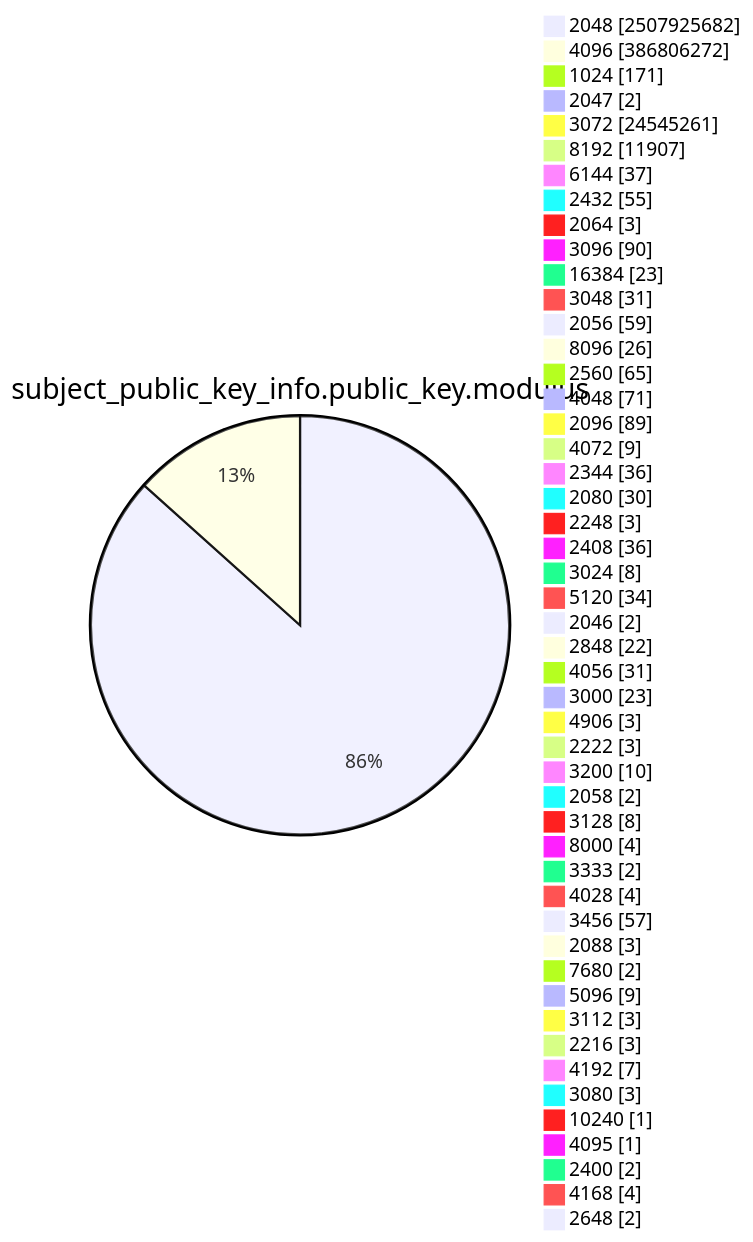
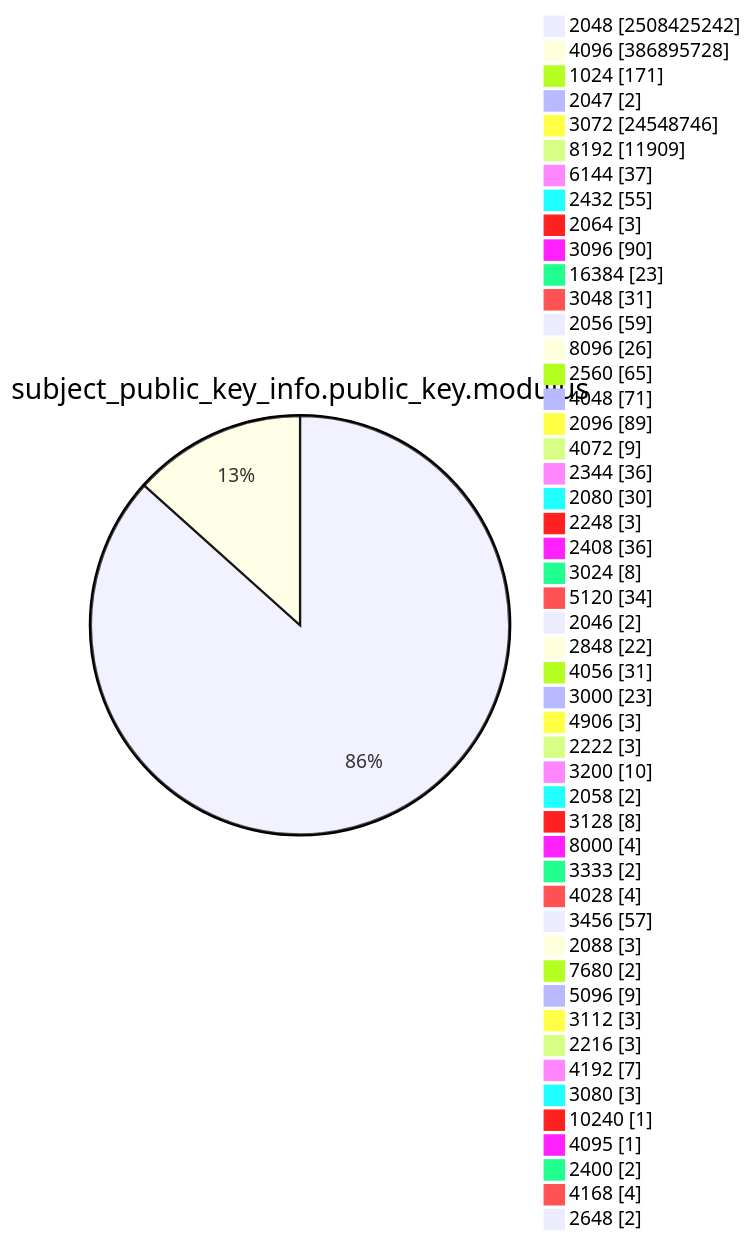
One commit to christiankrug/ctmonitor_visualization changed diagram 13 of 15 in TOTAL/README.md. Above: the diagram before and after it, drawn with Mermaid. The commit also changed other lines of this file, not shown here.

````diff
--- a/TOTAL/README.md
+++ b/TOTAL/README.md
@@ -4169,53 +4169,53 @@
 ```mermaid
 pie showData
 title subject_public_key_info.public_key.modulus
-"2048" :2507925682
-"4096" :386806272
+"2048" :2508425242
+"4096" :386895728
 "1024" :171
 "2047" :2
-"3072" :24545261
-"8192" :11907
+"3072" :24548746
+"8192" :11909
 "6144" :37
 "2432" :55
 "2064" :3
 "3096" :90
 "16384" :23
 "3048" :31
 "2056" :59
 "8096" :26
 "2560" :65
 "4048" :71
 "2096" :89
 "4072" :9
 "2344" :36
 "2080" :30
 "2248" :3
 "2408" :36
 "3024" :8
 "5120" :34
 "2046" :2
 "2848" :22
 "4056" :31
 "3000" :23
 "4906" :3
 "2222" :3
 "3200" :10
 "2058" :2
 "3128" :8
 "8000" :4
 "3333" :2
 "4028" :4
 "3456" :57
 "2088" :3
 "7680" :2
 "5096" :9
 "3112" :3
 "2216" :3
 "4192" :7
 "3080" :3
 "10240" :1
 "4095" :1
 "2400" :2
 "4168" :4
 "2648" :2
 ```
````
